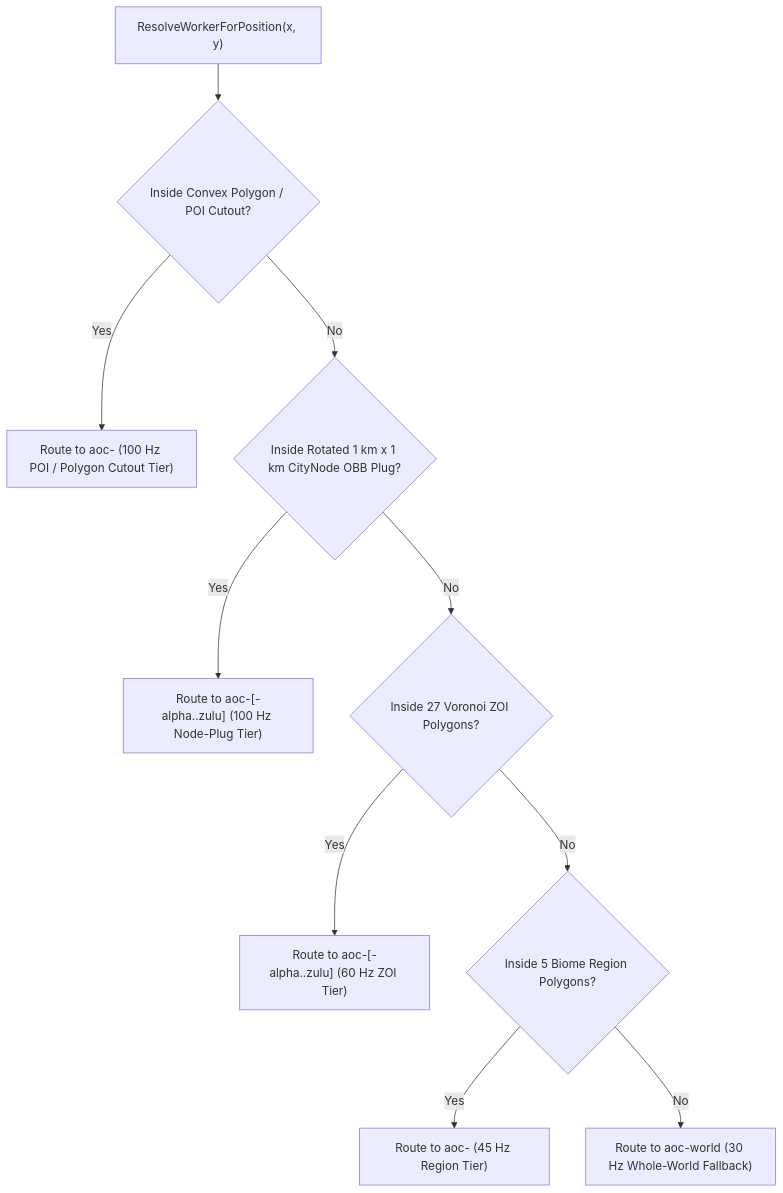
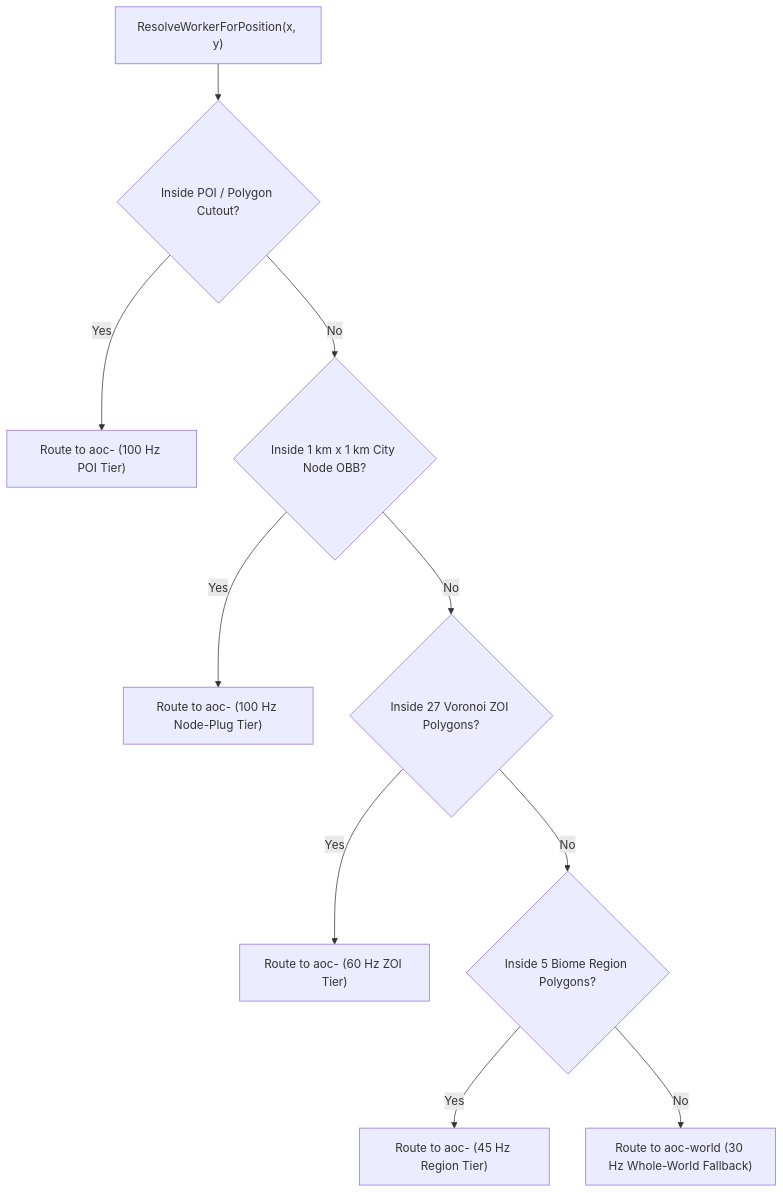
Before and after one commit to debuggin/SandalCore: the second of 2 diagrams in docs/SERVER_WORKERS.md, drawn with Mermaid. The commit also changed other lines of this file and 222 other files, not shown here.

````diff
--- a/docs/SERVER_WORKERS.md
+++ b/docs/SERVER_WORKERS.md
@@ -125,12 +117,12 @@
 ```mermaid
 flowchart TD
-    Query["ResolveWorkerForPosition(x, y)"] --> CheckCutout{"Inside Convex Polygon / POI Cutout?"}
-    CheckCutout -->|"Yes"| RouteCutout["Route to aoc-<cutout-name> (100 Hz POI / Polygon Cutout Tier)"]
-    CheckCutout -->|"No"| CheckPlug{"Inside Rotated 1 km x 1 km CityNode OBB Plug?"}
-    CheckPlug -->|"Yes"| RoutePlug["Route to aoc-<city-name>[-alpha..zulu] (100 Hz Node-Plug Tier)"]
+    Query["ResolveWorkerForPosition(x, y)"] --> CheckCutout{"Inside POI / Polygon Cutout?"}
+    CheckCutout -->|"Yes"| RouteCutout["Route to aoc-<cutout-name> (100 Hz POI Tier)"]
+    CheckCutout -->|"No"| CheckPlug{"Inside 1 km x 1 km City Node OBB?"}
+    CheckPlug -->|"Yes"| RoutePlug["Route to aoc-<city-name> (100 Hz Node-Plug Tier)"]
     CheckPlug -->|"No"| CheckZOI{"Inside 27 Voronoi ZOI Polygons?"}
-    CheckZOI -->|"Yes"| RouteZOI["Route to aoc-<zoi-name>[-alpha..zulu] (60 Hz ZOI Tier)"]
+    CheckZOI -->|"Yes"| RouteZOI["Route to aoc-<zoi-name> (60 Hz ZOI Tier)"]
     CheckZOI -->|"No"| CheckRegion{"Inside 5 Biome Region Polygons?"}
     CheckRegion -->|"Yes"| RouteRegion["Route to aoc-<region-name> (45 Hz Region Tier)"]
     CheckRegion -->|"No"| RouteWorld["Route to aoc-world (30 Hz Whole-World Fallback)"]
 ```
````
